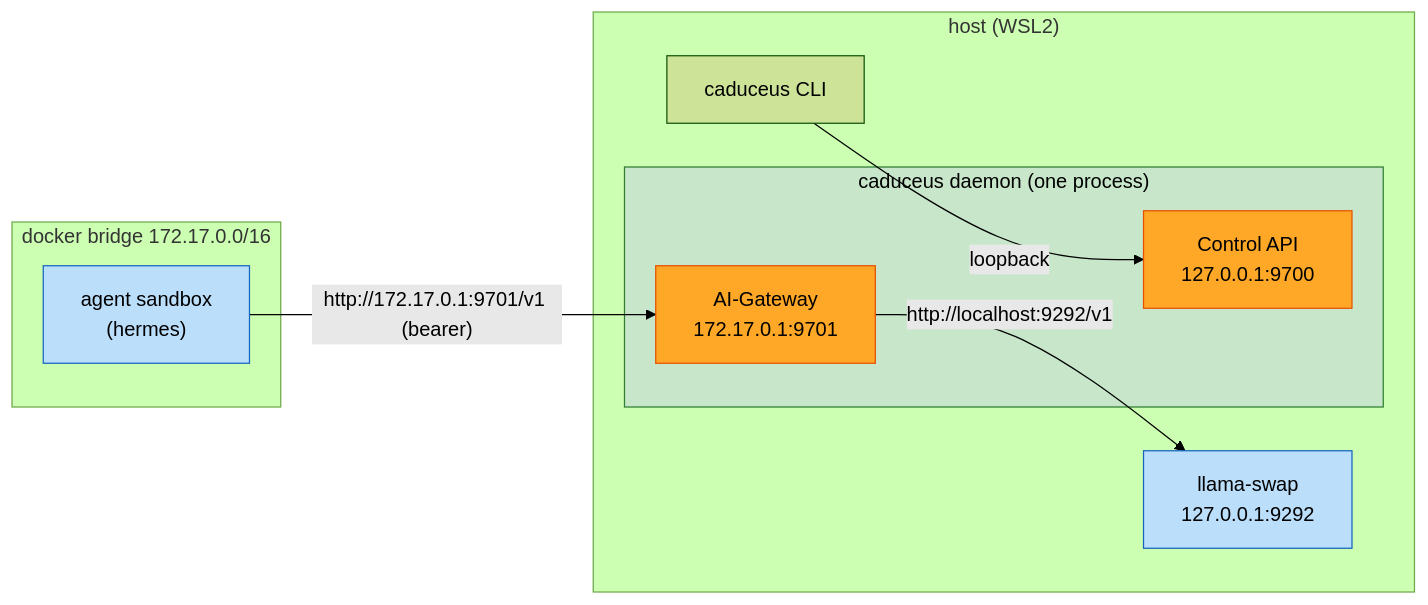
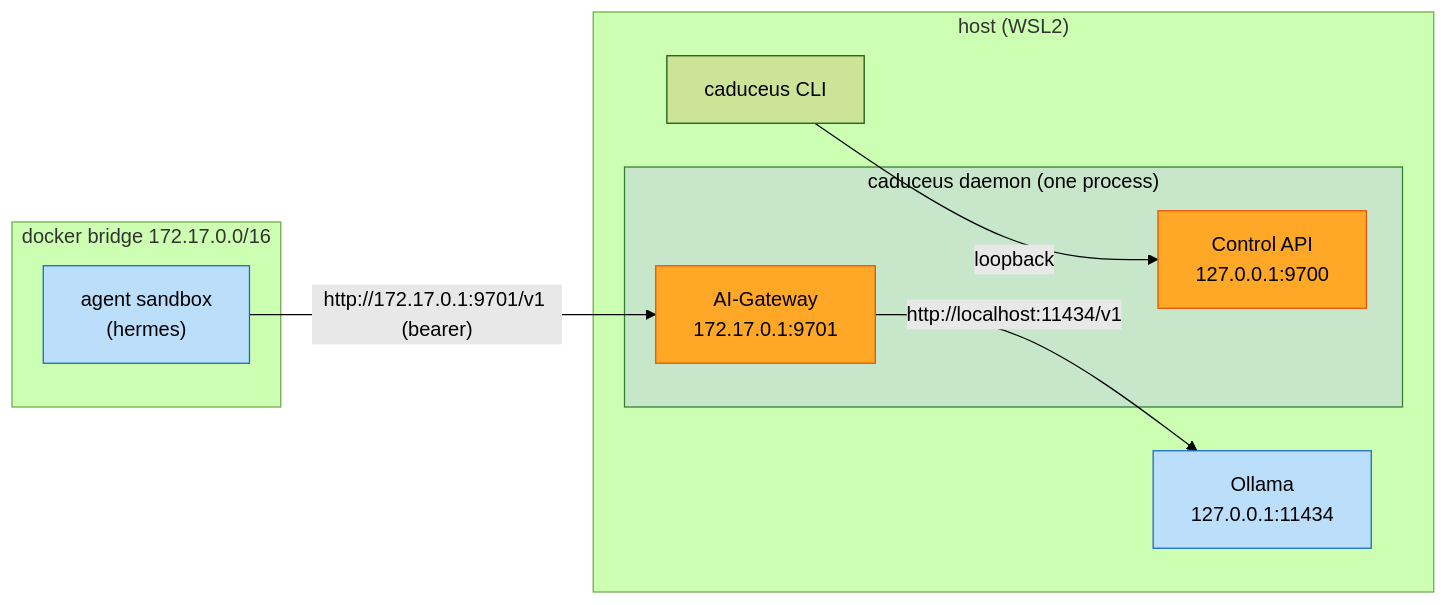
One commit to jay-ai-project/caduceus changed the diagram in aidlc-docs/construction/u1-aigateway/infrastructure-design/deployment-architecture.md. Above: the diagram before and after it, drawn with Mermaid (forest theme). The commit also changed other lines of this file and 29 other files, not shown here.

Commit message:
Remove personal-environment residue (localhost:9292, llamacpp/gemma-4-12b, llama-swap) for OSS release; use Ollama defaults in hints

````diff
--- a/aidlc-docs/construction/u1-aigateway/infrastructure-design/deployment-architecture.md
+++ b/aidlc-docs/construction/u1-aigateway/infrastructure-design/deployment-architecture.md
@@ -5,22 +5,22 @@
 ```mermaid
 flowchart LR
     subgraph HOST["host (WSL2)"]
         subgraph D["caduceus daemon (one process)"]
             CTRL["Control API<br/>127.0.0.1:9700"]
             AIGW["AI-Gateway<br/>172.17.0.1:9701"]
         end
-        LS["llama-swap<br/>127.0.0.1:9292"]
+        LS["Ollama<br/>127.0.0.1:11434"]
         CLI["caduceus CLI"]
     end
     subgraph BR["docker bridge 172.17.0.0/16"]
         AG["agent sandbox<br/>(hermes)"]
     end
     CLI -->|loopback| CTRL
     AG -->|"http://172.17.0.1:9701/v1 (bearer)"| AIGW
-    AIGW -->|"http://localhost:9292/v1"| LS
+    AIGW -->|"http://localhost:11434/v1"| LS
     style D fill:#C8E6C9,stroke:#2E7D32,color:#000
     style AIGW fill:#FFA726,stroke:#E65100,color:#000
     style CTRL fill:#FFA726,stroke:#E65100,color:#000
     style LS fill:#BBDEFB,stroke:#1565C0,color:#000
     style AG fill:#BBDEFB,stroke:#1565C0,color:#000
 ```
````
